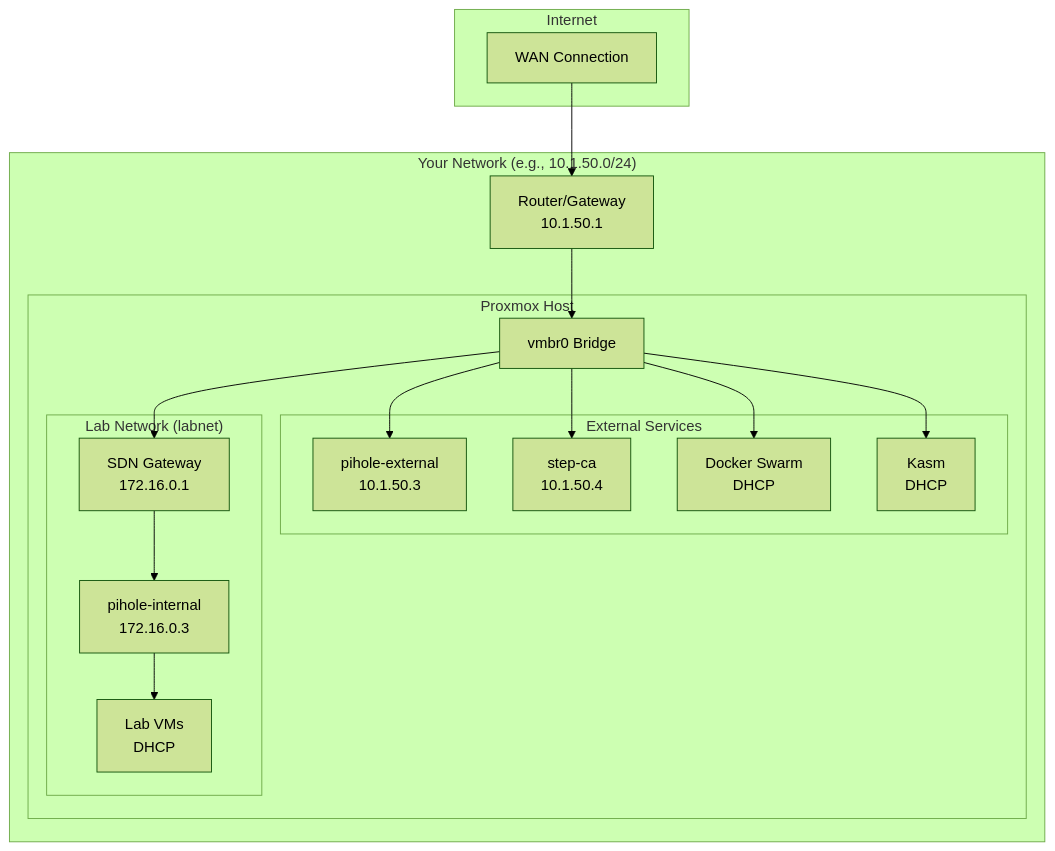
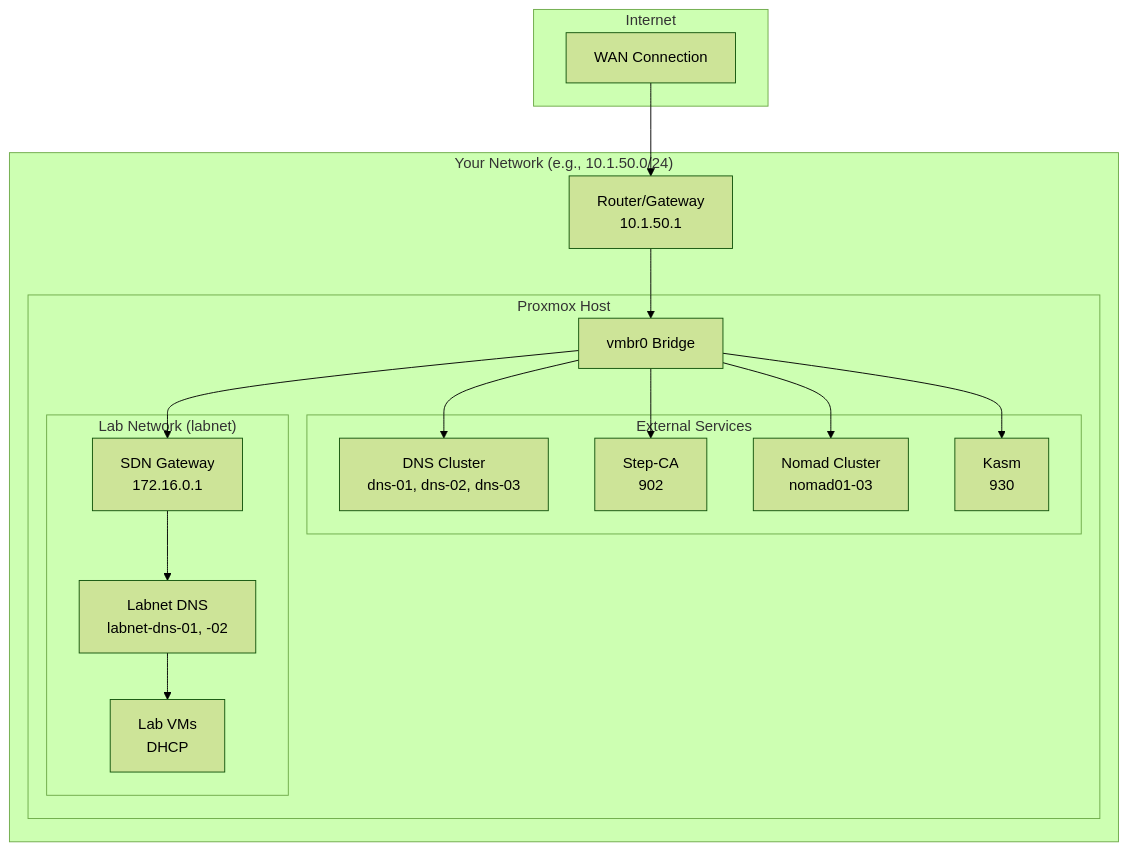
One commit to jknyght9/proxmox-lab changed the first of 2 diagrams in docs/getting-started/prerequisites.md. Above: the diagram before and after it, drawn with Mermaid (forest theme). The commit also changed other lines of this file and 33 other files, not shown here.

First line of the commit message:
Rewrite documentation to reflect current Nomad-based architecture

````diff
--- a/docs/getting-started/prerequisites.md
+++ b/docs/getting-started/prerequisites.md
@@ -147,37 +171,37 @@
 ```mermaid
 graph TD
     subgraph internet["Internet"]
         WAN[WAN Connection]
     end
 
     subgraph lan["Your Network (e.g., 10.1.50.0/24)"]
         ROUTER[Router/Gateway<br/>10.1.50.1]
 
         subgraph proxmox["Proxmox Host"]
             VMBR0["vmbr0 Bridge"]
 
             subgraph external["External Services"]
-                PIHOLE_EXT[pihole-external<br/>10.1.50.3]
-                STEPCA[step-ca<br/>10.1.50.4]
-                DOCKER[Docker Swarm<br/>DHCP]
-                KASM_VM[Kasm<br/>DHCP]
+                DNS_CLUSTER[DNS Cluster<br/>dns-01, dns-02, dns-03]
+                STEPCA[Step-CA<br/>902]
+                NOMAD[Nomad Cluster<br/>nomad01-03]
+                KASM_VM[Kasm<br/>930]
             end
 
             subgraph internal["Lab Network (labnet)"]
                 SDN_GW[SDN Gateway<br/>172.16.0.1]
-                PIHOLE_INT[pihole-internal<br/>172.16.0.3]
+                LABNET_DNS[Labnet DNS<br/>labnet-dns-01, -02]
                 LAB_VMS[Lab VMs<br/>DHCP]
             end
         end
     end
 
     WAN --> ROUTER
     ROUTER --> VMBR0
-    VMBR0 --> PIHOLE_EXT
+    VMBR0 --> DNS_CLUSTER
     VMBR0 --> STEPCA
-    VMBR0 --> DOCKER
+    VMBR0 --> NOMAD
     VMBR0 --> KASM_VM
     VMBR0 --> SDN_GW
-    SDN_GW --> PIHOLE_INT
-    PIHOLE_INT --> LAB_VMS
+    SDN_GW --> LABNET_DNS
+    LABNET_DNS --> LAB_VMS
 ```
````
